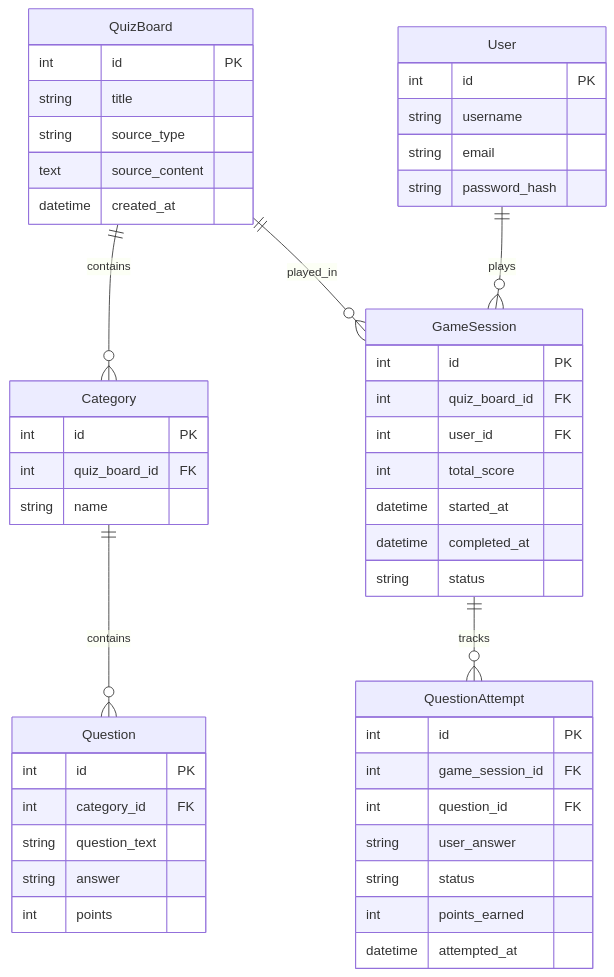
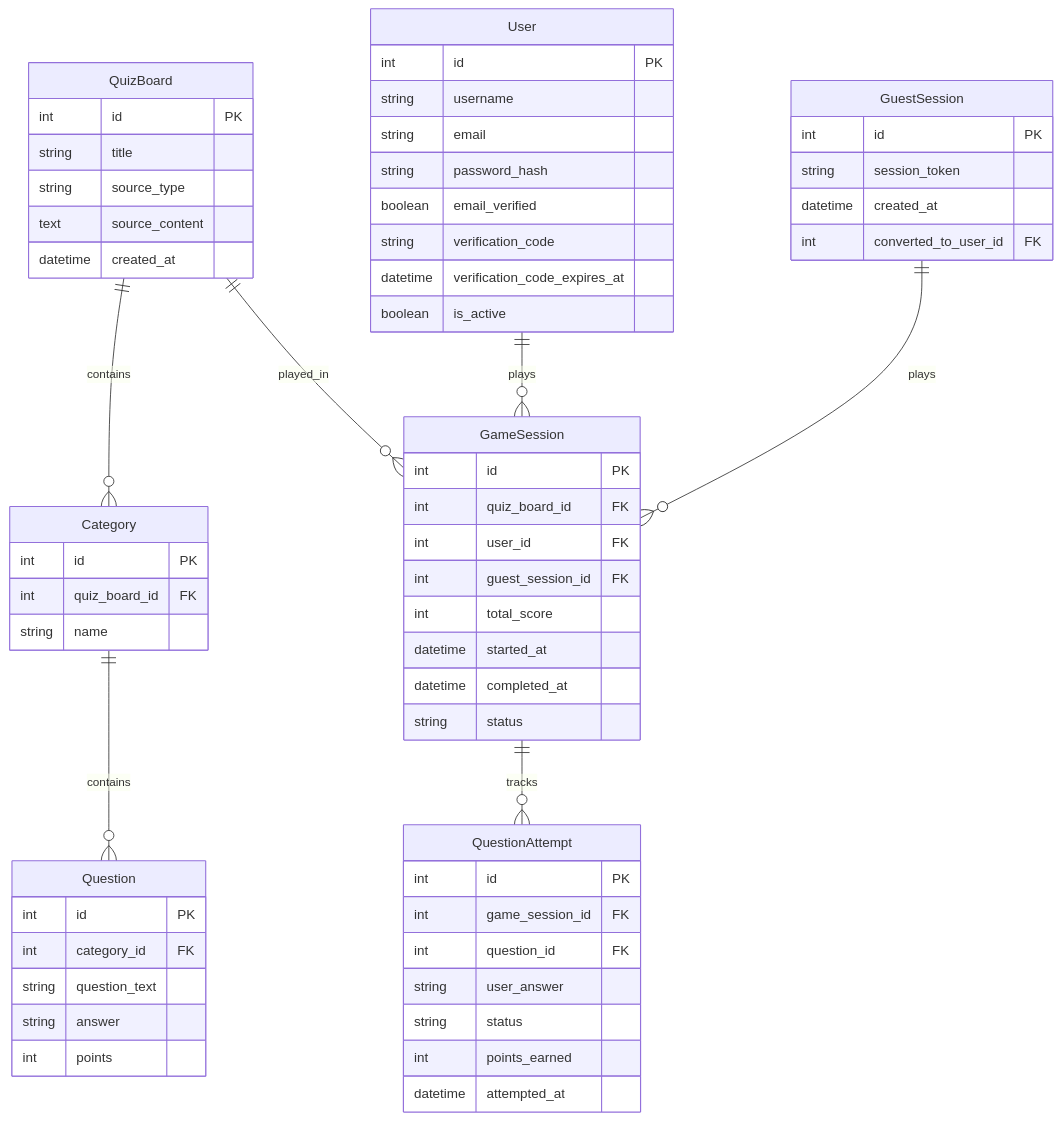
Before and after one commit to mental1337/jeopardyze: the second of 4 diagrams in docs/project_design_doc.md, drawn with Mermaid. The commit also changed other lines of this file and 1 other file, not shown here.

````diff
--- a/docs/project_design_doc.md
+++ b/docs/project_design_doc.md
@@ -38,58 +38,70 @@
 ```mermaid
 erDiagram
     QuizBoard ||--o{ Category : contains
     Category ||--o{ Question : contains
     QuizBoard ||--o{ GameSession : played_in
     User ||--o{ GameSession : plays
     GameSession ||--o{ QuestionAttempt : tracks
+    GuestSession ||--o{ GameSession : plays
 
     QuizBoard {
         int id PK
         string title
         string source_type
         text source_content
         datetime created_at
     }
 
     Category {
         int id PK
         int quiz_board_id FK
         string name
     }
 
     Question {
         int id PK
         int category_id FK
         string question_text
         string answer
         int points
     }
 
     GameSession {
         int id PK
         int quiz_board_id FK
         int user_id FK
+        int guest_session_id FK
         int total_score
         datetime started_at
         datetime completed_at
         string status
     }
 
     QuestionAttempt {
         int id PK
         int game_session_id FK
         int question_id FK
         string user_answer
         string status
         int points_earned
         datetime attempted_at
-        
     }
 
     User {
         int id PK
         string username
         string email
         string password_hash
+        boolean email_verified
+        string verification_code
+        datetime verification_code_expires_at
+        boolean is_active
+    }
+
+    GuestSession {
+        int id PK
+        string session_token
+        datetime created_at
+        int converted_to_user_id FK
     }
 ```
````
